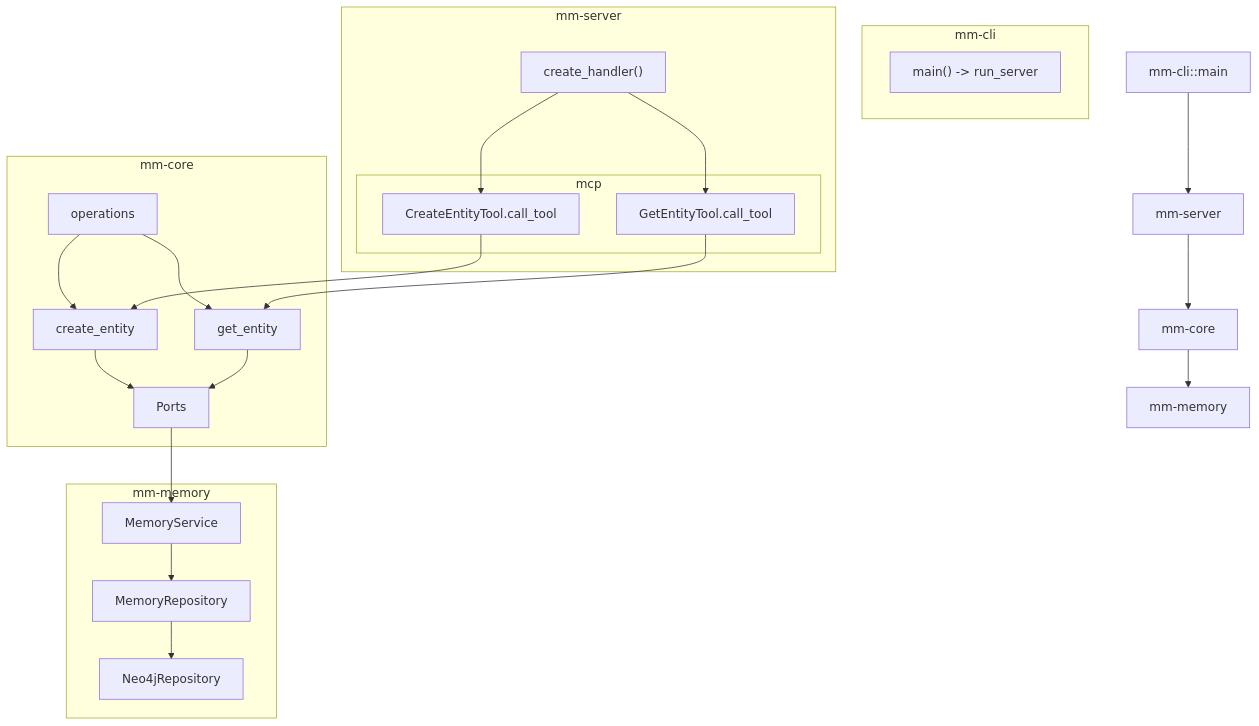
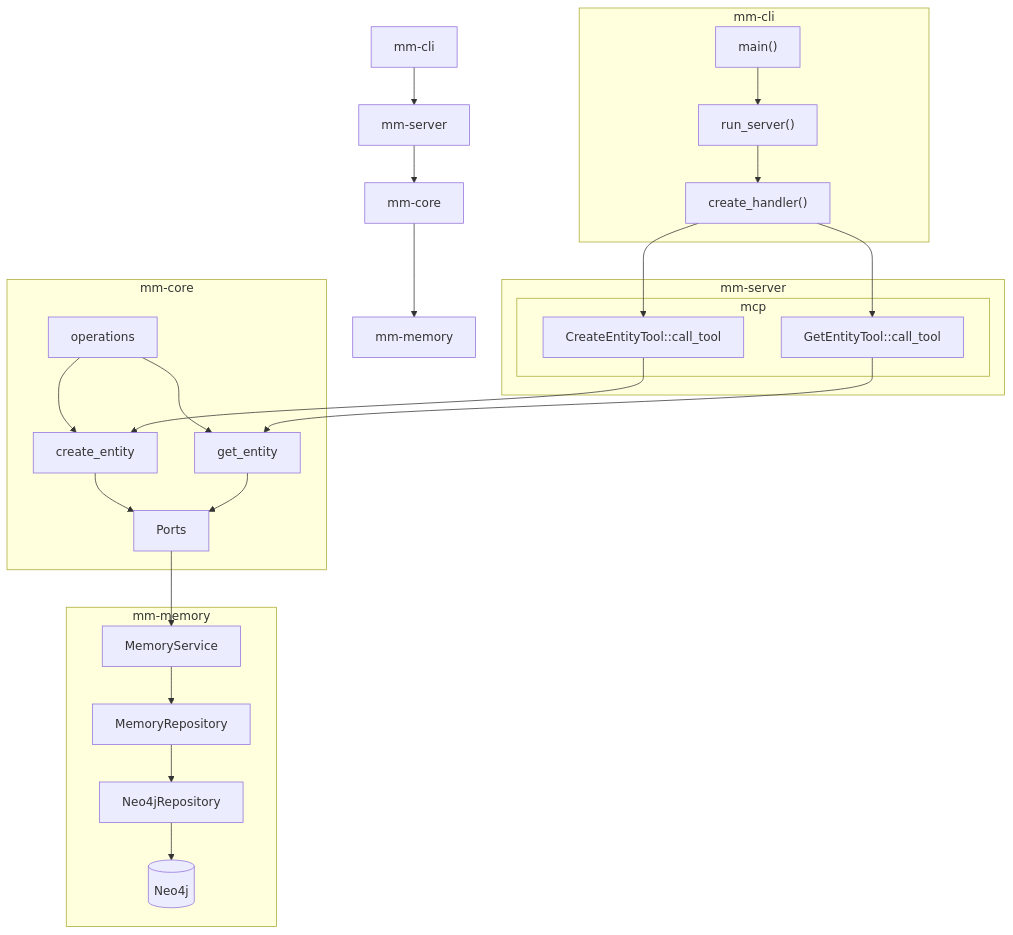
The diagram in README.md (andoriyu/middle-manager), drawn with Mermaid before and after one commit.

Commit message:
docs: refine crate diagram

````diff
--- a/README.md
+++ b/README.md
@@ -18,49 +18,54 @@
 ```mermaid
 graph TD
     %% Crate relationships
-    mm_cli["mm-cli::main"] --> mm_server["mm-server"]
+    mm_cli["mm-cli"] --> mm_server["mm-server"]
     mm_server --> mm_core["mm-core"]
     mm_core --> mm_memory["mm-memory"]
 
     %% mm-cli details
     subgraph "mm-cli"
-        main_fn["main() -> run_server"]
+        main_fn["main()"]
+        run_server_fn["run_server()"]
+        main_fn --> run_server_fn
+        run_server_fn --> create_handler
     end
 
     %% mm-server details
     subgraph "mm-server"
         create_handler["create_handler()"]
         subgraph "mcp"
-            create_tool["CreateEntityTool.call_tool"]
-            get_tool["GetEntityTool.call_tool"]
+            create_tool["CreateEntityTool::call_tool"]
+            get_tool["GetEntityTool::call_tool"]
         end
         create_handler --> create_tool
         create_handler --> get_tool
     end
 
     %% mm-core details
     subgraph "mm-core"
         operations_mod["operations"]
         create_op["create_entity"]
         get_op["get_entity"]
         ports_struct["Ports"]
         operations_mod --> create_op
         operations_mod --> get_op
         create_op --> ports_struct
         get_op --> ports_struct
     end
 
     %% mm-memory details
     subgraph "mm-memory"
         memory_service["MemoryService"]
         repository_trait["MemoryRepository"]
         neo4j_repo["Neo4jRepository"]
+        neo4j_db[(Neo4j)]
         memory_service --> repository_trait
         repository_trait --> neo4j_repo
+        neo4j_repo --> neo4j_db
     end
 
     %% Flow connections
     create_tool --> create_op
     get_tool --> get_op
     ports_struct --> memory_service
 ```
````
